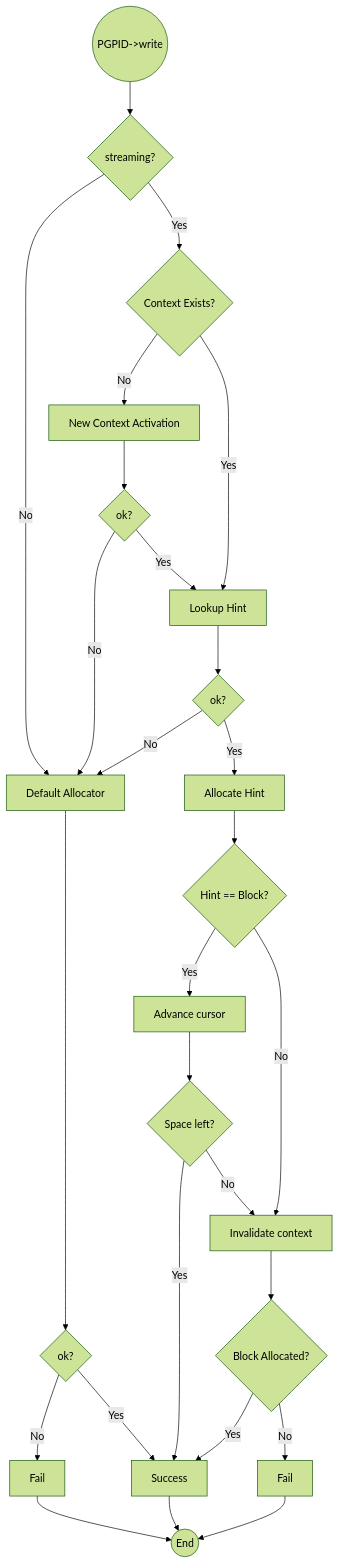
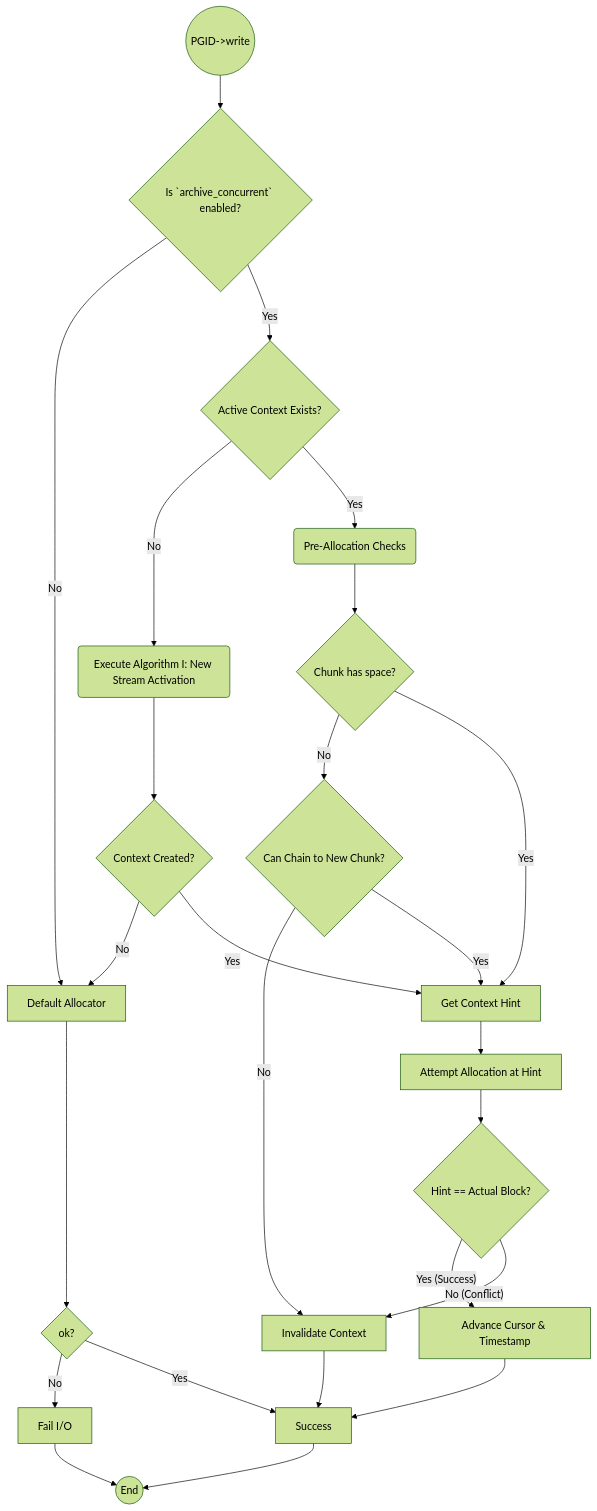
Before and after one commit to arg7/zfs-fuse: the diagram in uml.md, drawn with Mermaid (forest theme).

````diff
--- a/uml.md
+++ b/uml.md
@@ -4,30 +4,35 @@
 ```mermaid
 graph TD
+    A((PGID->write)) --> B{Is `archive_concurrent` enabled?};
+    B -- No --> C[Default Allocator];
+    B -- Yes --> D{Active Context Exists?};
+    
+    D -- No --> ALG1(Execute Algorithm I: New Stream Activation);
+    ALG1 --> H{Context Created?};
+    H -- No --> C;
+    H -- Yes --> F[Get Context Hint];
+    
+    D -- Yes --> ALG2_PRE(Pre-Allocation Checks);
+    ALG2_PRE --> K{Chunk has space?};
+    K -- No --> L{Can Chain to New Chunk?};
+    L -- No --> S[Invalidate Context];
+    K -- Yes --> F;
+    L -- Yes --> F;
 
-A((PGPID->write)) --> B{streaming?};
-B -- No --> C[Default Allocator];
-B -- Yes --> D{Context Exists?};
-D -- No --> E[New Context Activation];
-D -- Yes --> F[Lookup Hint];
-E --> H{ok?};
-H -- No --> C;
-H -- Yes --> F;
-F --> J{ok?};
-J -- No --> C;
-J -- Yes --> M[Allocate Hint];
-C --> K{ok?};
-K -- No --> R[Fail];
-K -- Yes --> G[Success];
-M --> N{Hint == Block?}
-N -- Yes --> T[Advance cursor]
-N -- No --> S[Invalidate context]
-S --> O{Block Allocated?}
-O -- Yes --> G
-T --> L{Space left?}
-O -- No --> Z[Fail]
-Z --> X((End))
-R --> X
-G --> X
-L -- Yes --> G
-L -- No --> S
+    F --> M[Attempt Allocation at Hint];
+    M --> N{Hint == Actual Block?};
+    
+    N -- Yes (Success) --> T[Advance Cursor & Timestamp];
+    T --> SUCCESS[Success];
+    
+    N -- No (Conflict) --> S;
+    S --> SUCCESS;
+
+    C --> R{ok?};
+    R -- No --> FAIL[Fail I/O];
+    R -- Yes --> SUCCESS;
+
+    FAIL --> X((End));
+    SUCCESS --> X((End));
+
 ```
````
